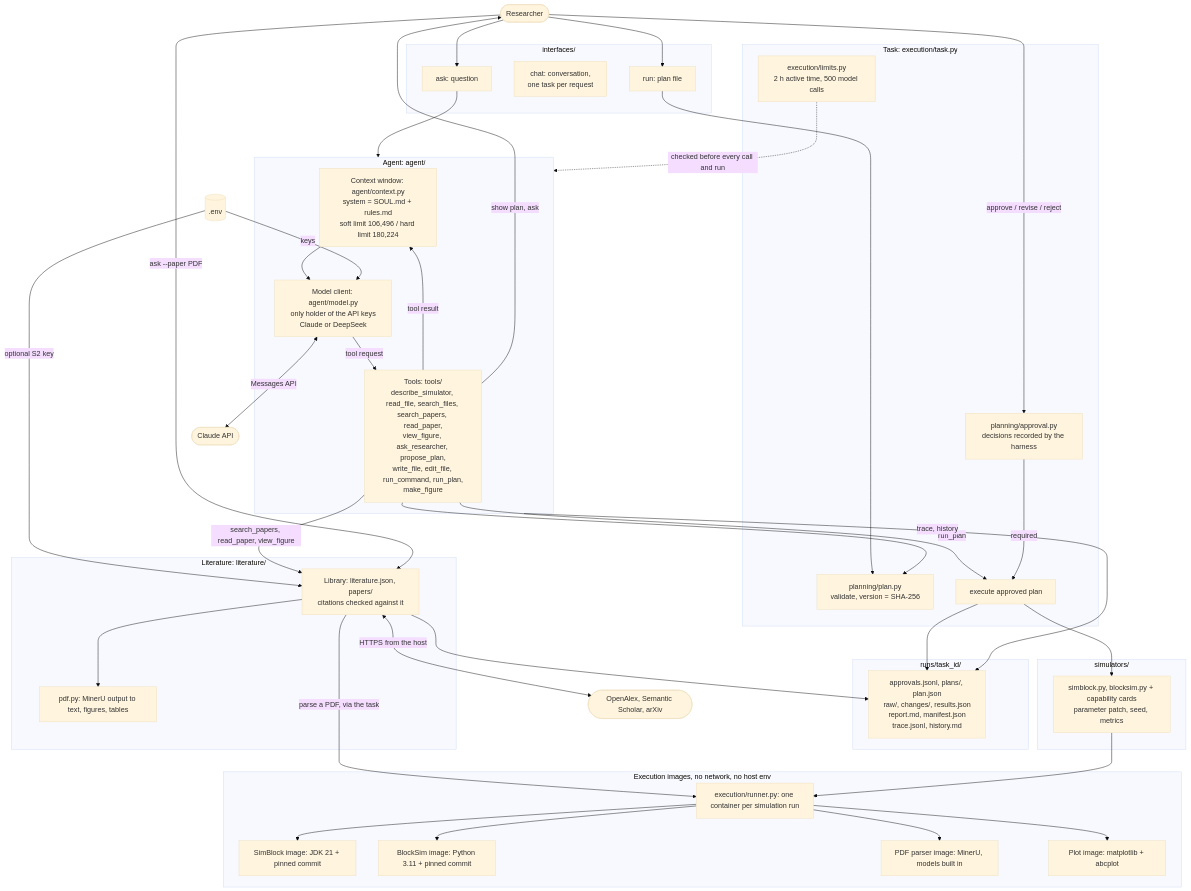
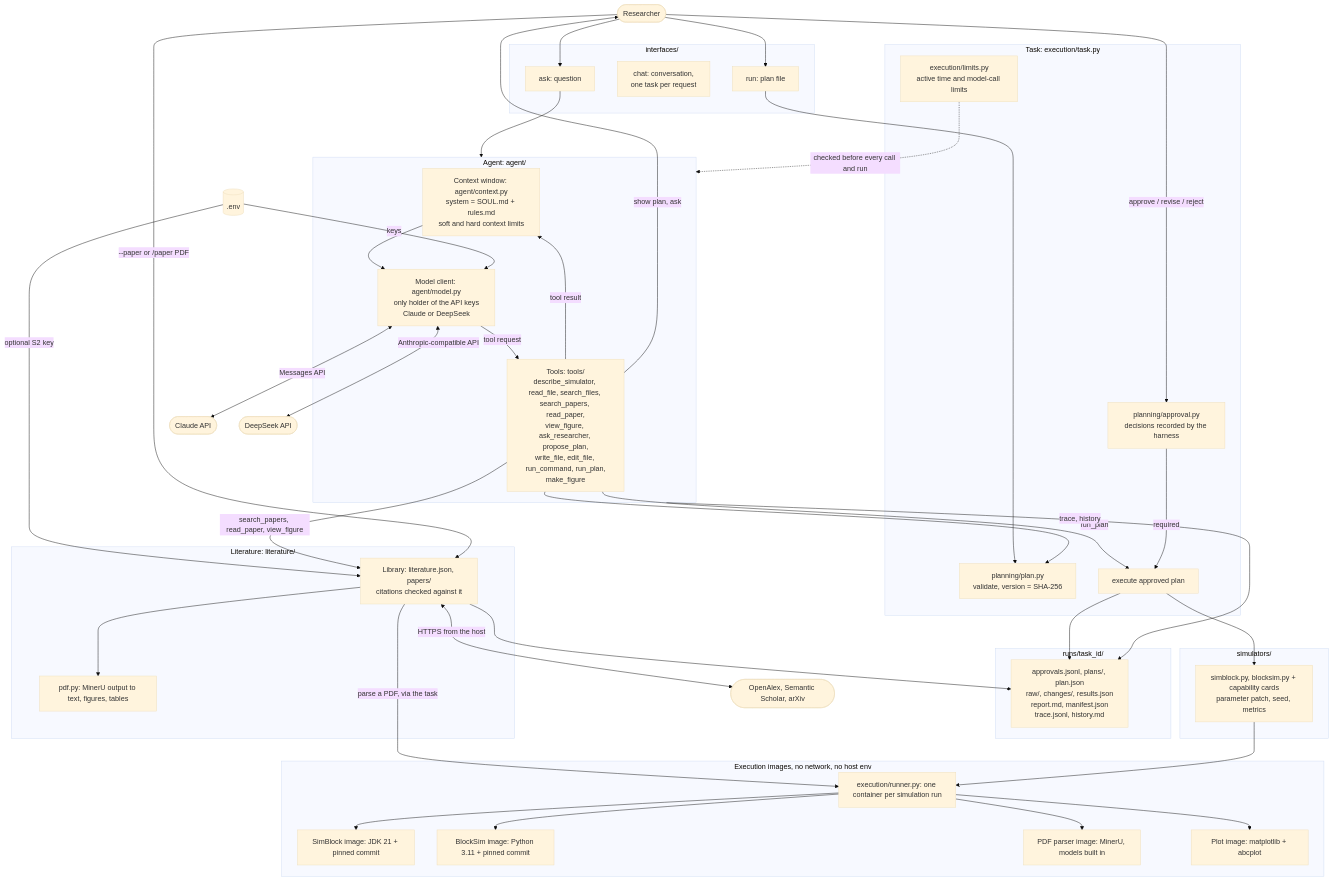
Before and after one commit to teiyou416/abc-harness: the diagram in docs/architecture.md, drawn with Mermaid (base theme). The commit also changed other lines of this file and 8 other files, not shown here.

````diff
--- a/docs/architecture.md
+++ b/docs/architecture.md
@@ -8,70 +8,71 @@
 ```mermaid
 flowchart TB
     R(["Researcher"])
 
     subgraph CLI["interfaces/"]
         ASK["ask: question"]
         CHAT["chat: conversation,<br/>one task per request"]
         RUN["run: plan file"]
     end
 
     subgraph LOOP["Agent: agent/"]
-        CTX["Context window: agent/context.py<br/>system = SOUL.md + rules.md<br/>soft limit 106,496 / hard limit 180,224"]
+        CTX["Context window: agent/context.py<br/>system = SOUL.md + rules.md<br/>soft and hard context limits"]
         LLM["Model client: agent/model.py<br/>only holder of the API keys<br/>Claude or DeepSeek"]
         TOOLS["Tools: tools/<br/>describe_simulator, read_file, search_files, search_papers, read_paper,<br/>view_figure, ask_researcher, propose_plan,<br/>write_file, edit_file, run_command, run_plan,<br/>make_figure"]
         CTX --> LLM -->|tool request| TOOLS -->|tool result| CTX
     end
 
     subgraph TASK["Task: execution/task.py"]
         PLAN["planning/plan.py<br/>validate, version = SHA-256"]
         APPROVAL["planning/approval.py<br/>decisions recorded by the harness"]
-        LIMITS["execution/limits.py<br/>2 h active time, 500 model calls"]
+        LIMITS["execution/limits.py<br/>active time and model-call limits"]
         EXEC["execute approved plan"]
     end
 
     subgraph SIM["simulators/"]
         ADAPTER["simblock.py, blocksim.py + capability cards<br/>parameter patch, seed, metrics"]
     end
 
     subgraph DOCKER["Execution images, no network, no host env"]
         RUNNER["execution/runner.py: one container per simulation run"]
         SIMBLOCK["SimBlock image: JDK 21 + pinned commit"]
         BLOCKSIM["BlockSim image: Python 3.11 + pinned commit"]
         PDFIMG["PDF parser image: MinerU, models built in"]
         PLOTIMG["Plot image: matplotlib + abcplot"]
         RUNNER --> SIMBLOCK
         RUNNER --> BLOCKSIM
         RUNNER --> PDFIMG
         RUNNER --> PLOTIMG
     end
 
     subgraph ART["runs/task_id/"]
         FILES["approvals.jsonl, plans/, plan.json<br/>raw/, changes/, results.json<br/>report.md, manifest.json<br/>trace.jsonl, history.md"]
     end
 
     subgraph LIT["Literature: literature/"]
         LIB["Library: literature.json, papers/<br/>citations checked against it"]
         PDF["pdf.py: MinerU output to text, figures, tables"]
         LIB --> PDF
     end
 
     ENV[(".env")] -->|keys| LLM
     ENV -->|optional S2 key| LIB
     TOOLS -->|search_papers, read_paper, view_figure| LIB
     LIB <-->|HTTPS from the host| ACADEMIC(["OpenAlex, Semantic Scholar, arXiv"])
-    R -->|ask --paper PDF| LIB
+    R -->|--paper or /paper PDF| LIB
     LIB -->|parse a PDF, via the task| RUNNER
     LIB --> FILES
     LLM <-->|Messages API| CLAUDE(["Claude API"])
+    LLM <-->|Anthropic-compatible API| DEEPSEEK(["DeepSeek API"])
     R --> ASK --> LOOP
     R --> RUN --> PLAN
     TOOLS --> PLAN
     TOOLS -->|show plan, ask| R
     R -->|approve / revise / reject| APPROVAL
     TOOLS -->|run_plan| EXEC
     APPROVAL -->|required| EXEC
     LIMITS -.->|checked before every call and run| LOOP
     EXEC --> ADAPTER --> RUNNER
     EXEC --> FILES
     LOOP -->|trace, history| FILES
 ```
````
